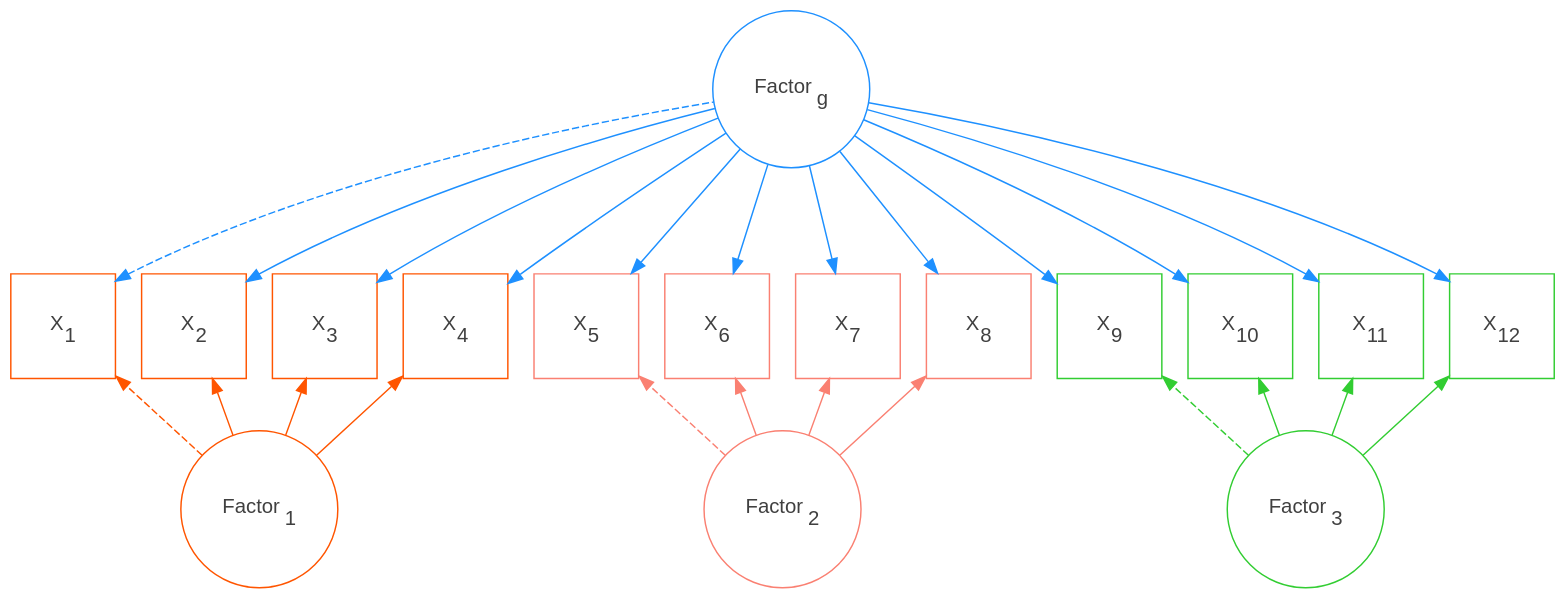
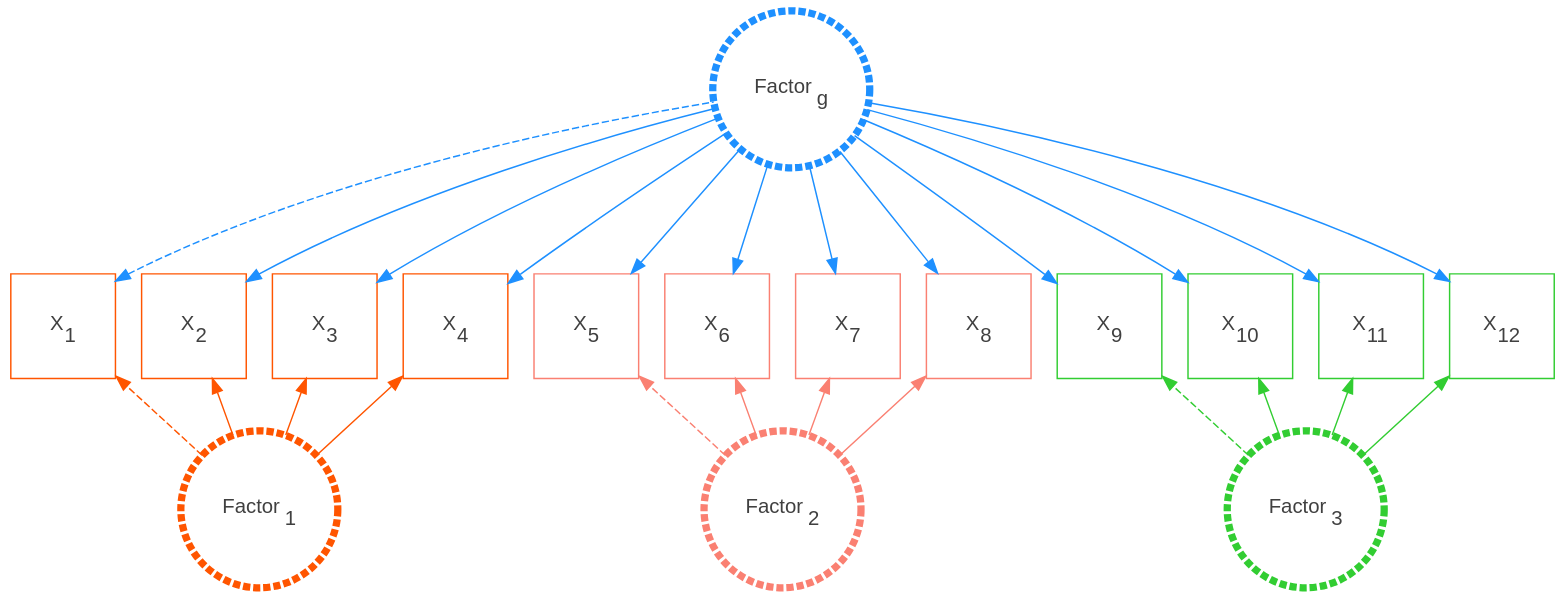
Before and after one commit to m-clark/book-of-models: the diagram in img/graphical-bifactor.dot, drawn with Graphviz. The commit also changed 10 other files, not shown here.

Commit message:
part 3 and misc other fig-table consistency updated

```diff
--- a/img/graphical-bifactor.dot
+++ b/img/graphical-bifactor.dot
@@ -1,68 +1,68 @@
 digraph bifactor {
  # Intialization of graph attributes
  graph [overlap = false rankdir=BT bgcolor=transparent]
  
  # Initialization of node attributes
  node [shape = circle,
  fontname = Helvetica,
  color = gray80,
  type = box,
  fixedsize = true]
  
  # Node statements
  node [width=1.5, height=1, shape=circle, fontcolor=gray25];
  subgraph{rank=same;
-  F1 [label=<Factor<sub>1</sub>>, color="#ff5500"]; 
-  F2 [label=<Factor<sub>2</sub>>, color=salmon]; 
-  F3 [label=<Factor<sub>3</sub>>, color=limegreen]; 
+  F1 [label=<Factor<sub>1</sub>> style=dashed penwidth=5 color="#ff5500"]; 
+  F2 [label=<Factor<sub>2</sub>> style=dashed penwidth=5 color=salmon]; 
+  F3 [label=<Factor<sub>3</sub>> style=dashed penwidth=5 color=limegreen]; 
   }
-  Fg [label=<Factor<sub>g</sub>>, color=dodgerblue]; 
+  Fg [label=<Factor<sub>g</sub>> style=dashed penwidth=5 color=dodgerblue]; 
  
  node [width=1, shape=square, color=gray10]
  subgraph {
     rank=same;
     X1 [label=<X<sub>1</sub>>, color="#ff5500"]; 
     X2 [label=<X<sub>2</sub>>, color="#ff5500"]; 
     X3 [label=<X<sub>3</sub>>, color="#ff5500"]; 
     X4 [label=<X<sub>4</sub>>, color="#ff5500"]; 
  }
  node [width=1, shape=square, color=salmon]
  subgraph {
     rank=same;
     X5 [label=<X<sub>5</sub>>]; 
     X6 [label=<X<sub>6</sub>>]; 
     X7 [label=<X<sub>7</sub>>]; 
     X8 [label=<X<sub>8</sub>>]; 
  }
  node [width=1, shape=square, color=limegreen]
  subgraph {
     rank=same;
     X9 [label=<X<sub>9</sub>>]; 
     X10 [label=<X<sub>10</sub>>]; 
     X11 [label=<X<sub>11</sub>>]; 
     X12 [label=<X<sub>12</sub>>]; 
  }
  # Initialization of edge attributes
  edge [color = gray50, rel = yields]
  
  # Edge statements
  F1 -> X1 [style=dashed color="#ff5500"] ;
  F1 -> {X2 X3 X4} [color="#ff5500"] ;
 
  F2 -> X5 [style=dashed  color=salmon] ;
  F2 -> {X6 X7 X8} [color=salmon];
 
  F3 -> X9 [style=dashed color=limegreen] ;
  F3 -> {X10 X11 X12}[color=limegreen];
 
  # edge[dir=both, style=curved]
  # F1 -> F2;
  # F2 -> F3;
  # F3 -> F1;
 
  edge [dir=back; minlen=2.3 color=dodgerblue]
  X1 -> Fg [style=dashed]; 
  {X2 X3 X4 X5 X6 X7 X8 X9 X10 X11 X12} -> Fg;
 
  
 }
```
